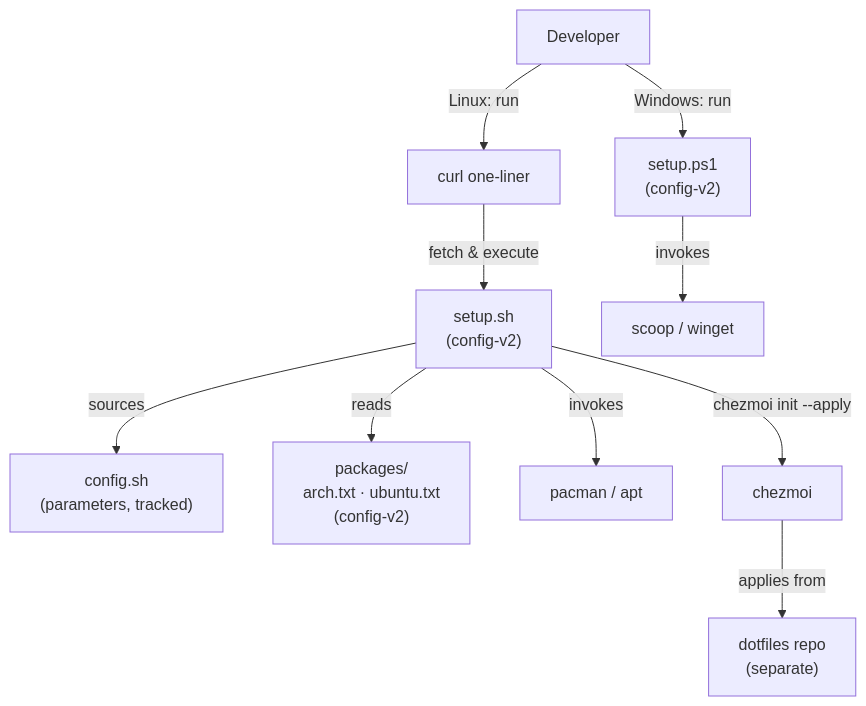
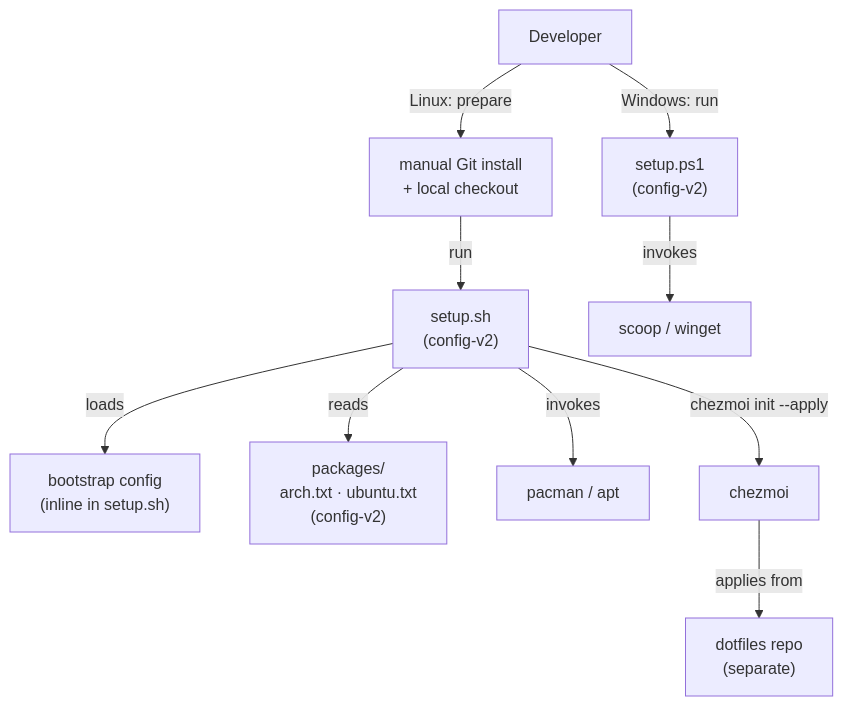
Before and after one commit to HaberkornJonas/config-v2: the second of 3 diagrams in _bmad-output/planning-artifacts/architecture/architecture-config-v2-2026-08-05/ARCHITECTURE-SPINE.md, drawn with Mermaid. The commit also changed other lines of this file and 13 other files, not shown here.

````diff
--- a/_bmad-output/planning-artifacts/architecture/architecture-config-v2-2026-08-05/ARCHITECTURE-SPINE.md
+++ b/_bmad-output/planning-artifacts/architecture/architecture-config-v2-2026-08-05/ARCHITECTURE-SPINE.md
@@ -145,23 +145,23 @@
 ```mermaid
 graph TD
     dev["Developer"]
-    curl["curl one-liner"]
+    checkout["manual Git install\n+ local checkout"]
     setup_sh["setup.sh\n(config-v2)"]
-    config_sh["config.sh\n(parameters, tracked)"]
+    config_block["bootstrap config\n(inline in setup.sh)"]
     packages["packages/\narch.txt · ubuntu.txt\n(config-v2)"]
     pkg_mgr["pacman / apt"]
     chezmoi["chezmoi"]
     dotfiles["dotfiles repo\n(separate)"]
     setup_ps1["setup.ps1\n(config-v2)"]
     pkg_win["scoop / winget"]
 
-    dev -->|"Linux: run"| curl
-    curl -->|"fetch & execute"| setup_sh
-    setup_sh -->|"sources"| config_sh
+    dev -->|"Linux: prepare"| checkout
+    checkout -->|"run"| setup_sh
+    setup_sh -->|"loads"| config_block
     setup_sh -->|"reads"| packages
     setup_sh -->|"invokes"| pkg_mgr
     setup_sh -->|"chezmoi init --apply"| chezmoi
     chezmoi -->|"applies from"| dotfiles
     dev -->|"Windows: run"| setup_ps1
     setup_ps1 -->|"invokes"| pkg_win
 ```
````
